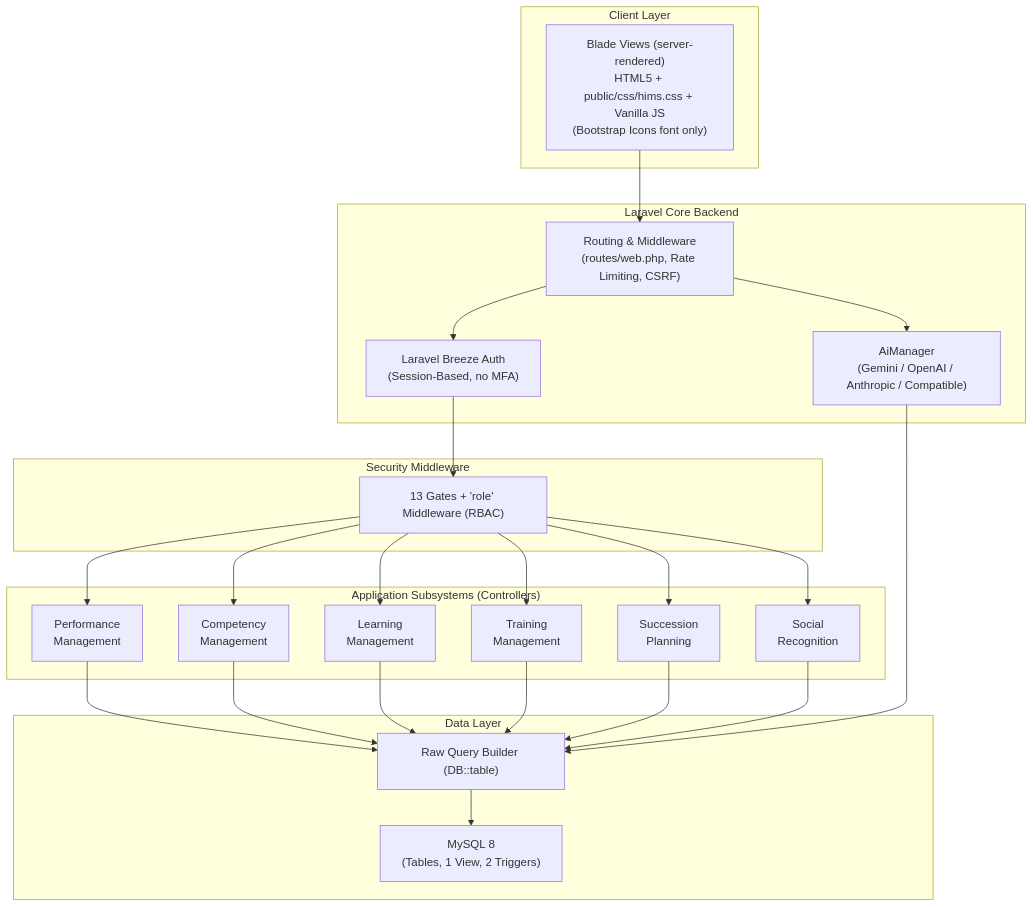
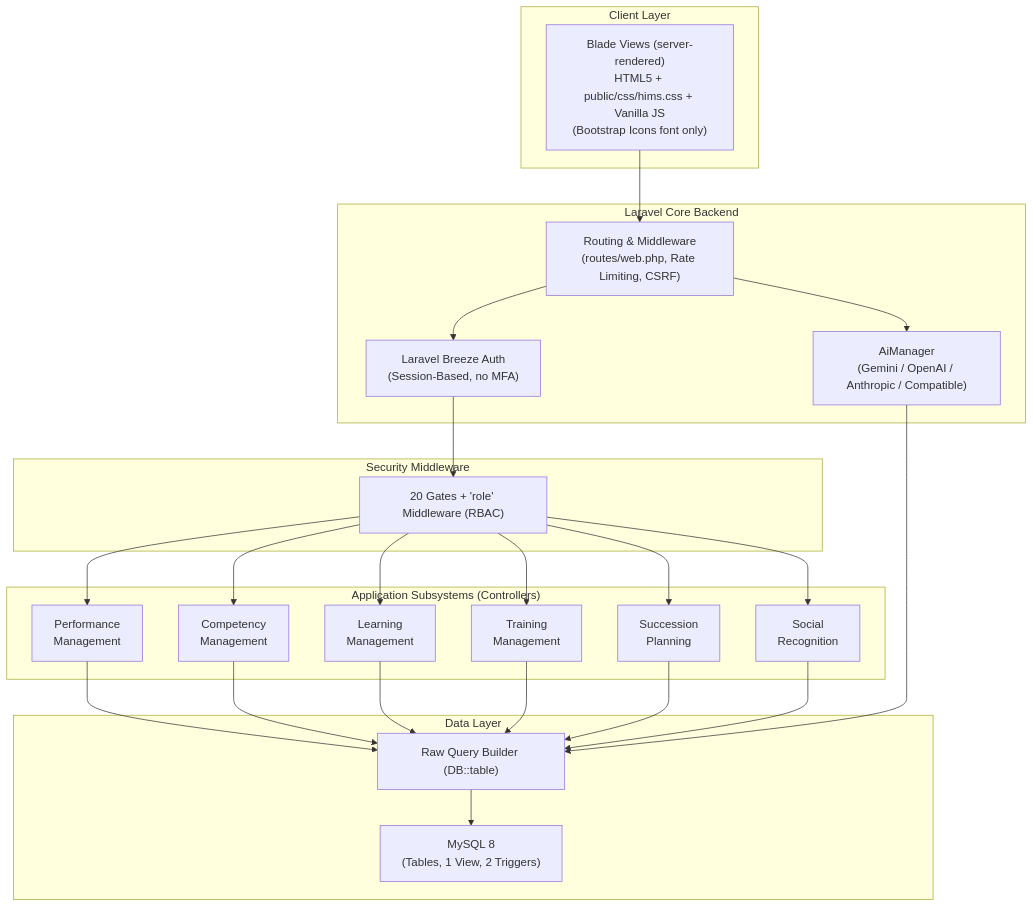
The first of 3 diagrams in HIMS_SYSTEM_DOCUMENTATION.md (shikabane277/HIMS-v2), drawn with Mermaid before and after one commit. The commit also changed other lines of this file and 192 other files, not shown here.

````diff
--- a/HIMS_SYSTEM_DOCUMENTATION.md
+++ b/HIMS_SYSTEM_DOCUMENTATION.md
@@ -21,39 +21,39 @@
 ```mermaid
 graph TB
     subgraph "Client Layer"
         SPA["Blade Views (server-rendered)<br/>HTML5 + public/css/hims.css + Vanilla JS<br/>(Bootstrap Icons font only)"]
     end
 
     subgraph "Laravel Core Backend"
         GW["Routing & Middleware<br/>(routes/web.php, Rate Limiting, CSRF)"]
         AUTH["Laravel Breeze Auth<br/>(Session-Based, no MFA)"]
         INTEG["AiManager<br/>(Gemini / OpenAI / Anthropic / Compatible)"]
     end
 
     subgraph "Application Subsystems (Controllers)"
         PM["Performance<br/>Management"]
         CM["Competency<br/>Management"]
         LM["Learning<br/>Management"]
         TM["Training<br/>Management"]
         SP["Succession<br/>Planning"]
         SR["Social<br/>Recognition"]
     end
 
     subgraph "Data Layer"
         QB["Raw Query Builder (DB::table)"]
         MY["MySQL 8<br/>(Tables, 1 View, 2 Triggers)"]
     end
 
     subgraph "Security Middleware"
-        RBAC["13 Gates + 'role' Middleware (RBAC)"]
+        RBAC["20 Gates + 'role' Middleware (RBAC)"]
     end
 
     SPA --> GW
     GW --> AUTH
     AUTH --> RBAC
     RBAC --> PM & CM & LM & TM & SP & SR
     GW --> INTEG
     PM & CM & LM & TM & SP & SR --> QB
     INTEG --> QB
     QB --> MY
 ```
````
